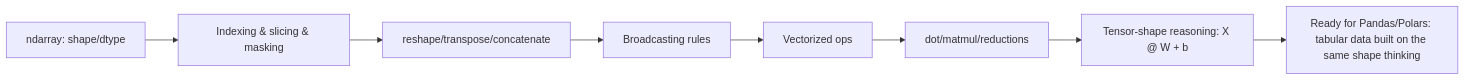
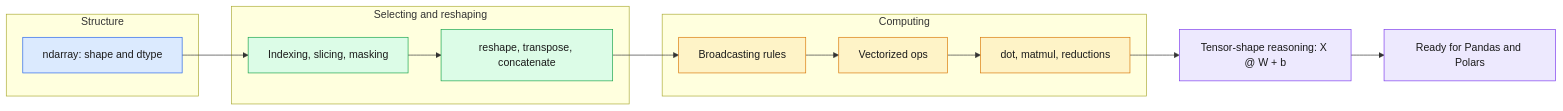
One commit to bhanu-prakash12/ai-ml-engineer-fundamentals changed the first of 2 diagrams in day01_python_data_math/02_numpy/README.md. Above: the diagram before and after it, drawn with Mermaid. The commit also changed other lines of this file and 68 other files, not shown here.

````diff
--- a/day01_python_data_math/02_numpy/README.md
+++ b/day01_python_data_math/02_numpy/README.md
@@ -36,10 +71,25 @@
 ```mermaid
 flowchart LR
-  A[ndarray: shape/dtype] --> B[Indexing & slicing & masking]
-  B --> C[reshape/transpose/concatenate]
-  C --> D[Broadcasting rules]
-  D --> E[Vectorized ops]
-  E --> F[dot/matmul/reductions]
-  F --> G[Tensor-shape reasoning: X @ W + b]
-  G --> H[Ready for Pandas/Polars: tabular data built on the same shape thinking]
+  subgraph G1["Structure"]
+    A["ndarray: shape and dtype"]
+  end
+  subgraph G2["Selecting and reshaping"]
+    B["Indexing, slicing, masking"] --> C["reshape, transpose, concatenate"]
+  end
+  subgraph G3["Computing"]
+    D["Broadcasting rules"] --> E["Vectorized ops"] --> F["dot, matmul, reductions"]
+  end
+  G["Tensor-shape reasoning: X @ W + b"]
+  H["Ready for Pandas and Polars"]
+  A --> B
+  C --> D
+  F --> G --> H
+  classDef struct fill:#DBEAFE,stroke:#2563EB,color:#1a1a1a;
+  classDef sel fill:#DCFCE7,stroke:#16A34A,color:#1a1a1a;
+  classDef comp fill:#FEF3C7,stroke:#D97706,color:#1a1a1a;
+  classDef goal fill:#EDE9FE,stroke:#7C3AED,color:#1a1a1a;
+  class A struct;
+  class B,C sel;
+  class D,E,F comp;
+  class G,H goal;
 ```
````
